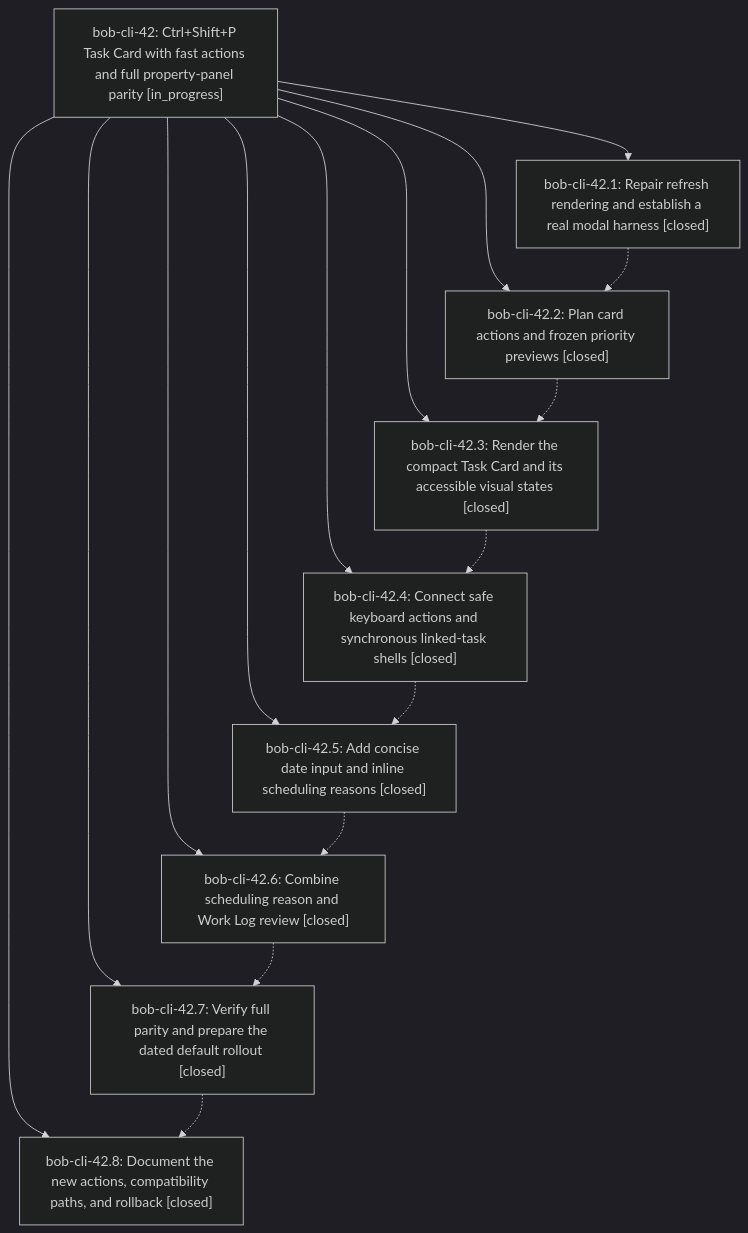
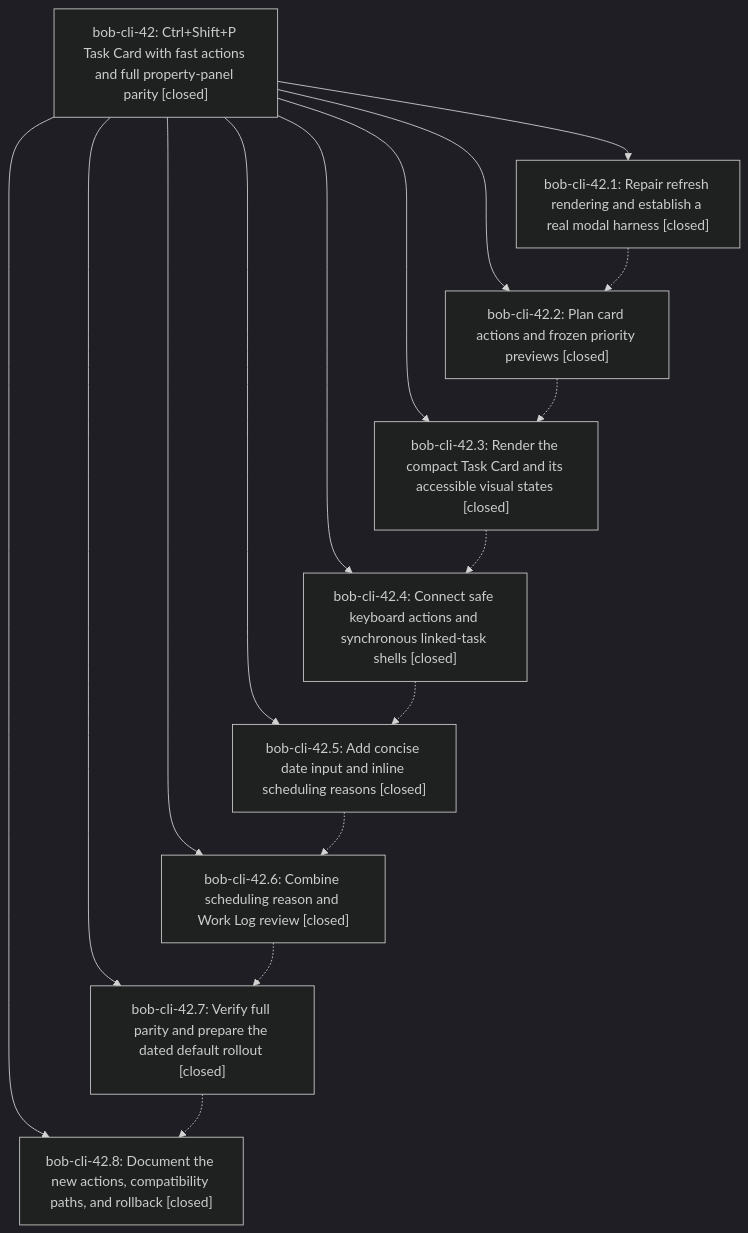
One commit to bobs-org/bob-cli--beads changed the diagram in pages/bob-cli-42/README.md. Above: the diagram before and after it, drawn with Mermaid (dark theme). The commit also changed other lines of this file, not shown here.

First line of the commit message:
chore(beads): sync bead state and pages for bob-cli-42

````diff
--- a/pages/bob-cli-42/README.md
+++ b/pages/bob-cli-42/README.md
@@ -29,27 +35,27 @@
 ```mermaid
 flowchart TD
-    n0["bob-cli-42: Ctrl+Shift+P Task Card with fast actions and full property-panel parity [in_progress]"]
+    n0["bob-cli-42: Ctrl+Shift+P Task Card with fast actions and full property-panel parity [closed]"]
     n1["bob-cli-42.1: Repair refresh rendering and establish a real modal harness [closed]"]
     n2["bob-cli-42.2: Plan card actions and frozen priority previews [closed]"]
     n3["bob-cli-42.3: Render the compact Task Card and its accessible visual states [closed]"]
     n4["bob-cli-42.4: Connect safe keyboard actions and synchronous linked-task shells [closed]"]
     n5["bob-cli-42.5: Add concise date input and inline scheduling reasons [closed]"]
     n6["bob-cli-42.6: Combine scheduling reason and Work Log review [closed]"]
     n7["bob-cli-42.7: Verify full parity and prepare the dated default rollout [closed]"]
     n8["bob-cli-42.8: Document the new actions, compatibility paths, and rollback [closed]"]
     n0 --> n1
     n0 --> n2
     n0 --> n3
     n0 --> n4
     n0 --> n5
     n0 --> n6
     n0 --> n7
     n0 --> n8
     n1 -.-> n2
     n2 -.-> n3
     n3 -.-> n4
     n4 -.-> n5
     n5 -.-> n6
     n6 -.-> n7
     n7 -.-> n8
 ```
````
